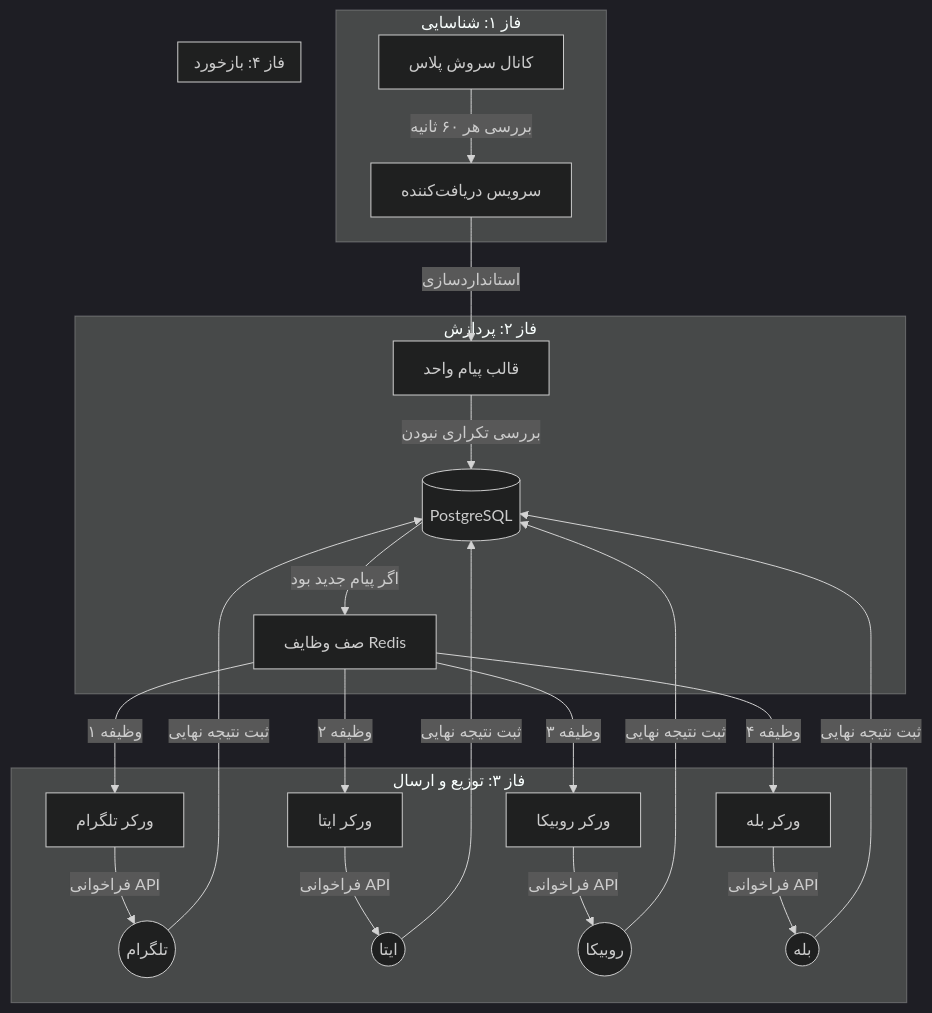
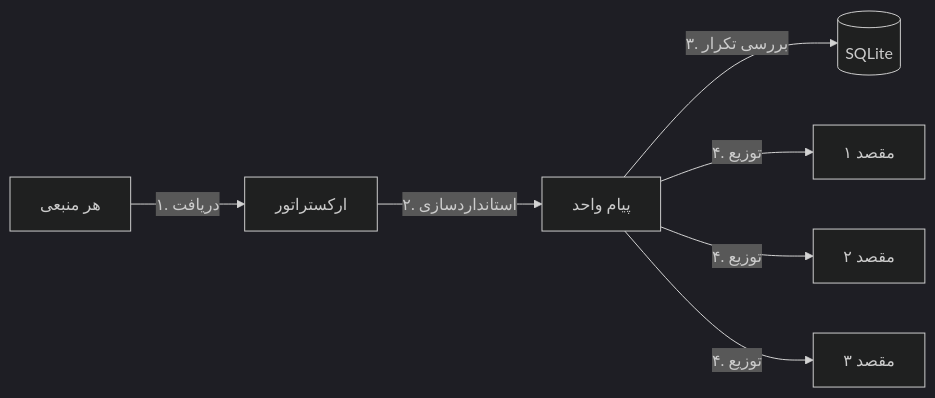
One commit to miladnasiri2479/robot-sender changed the diagram in README.fa.md. Above: the diagram before and after it, drawn with Mermaid (dark theme). The commit also changed other lines of this file and 16 other files, not shown here.

````diff
--- a/README.fa.md
+++ b/README.fa.md
@@ -10,28 +9,9 @@
 ```mermaid
-graph TD
-    subgraph "فاز ۱: شناسایی"
-        S[کانال سروش پلاس] -->|بررسی هر ۶۰ ثانیه| Ingest[سرویس دریافت‌کننده]
-    end
-
-    subgraph "فاز ۲: پردازش"
-        Ingest -->|استانداردسازی| Norm[قالب پیام واحد]
-        Norm -->|بررسی تکراری نبودن| DB[(PostgreSQL)]
-        DB -->|اگر پیام جدید بود| Queue[صف وظایف Redis]
-    end
-
-    subgraph "فاز ۳: توزیع و ارسال"
-        Queue -->|وظیفه ۱| TW[ورکر تلگرام]
-        Queue -->|وظیفه ۲| EW[ورکر ایتا]
-        Queue -->|وظیفه ۳| RW[ورکر روبیکا]
-        Queue -->|وظیفه ۴| BW[ورکر بله]
-        
-        TW -->|فراخوانی API| TG((تلگرام))
-        EW -->|فراخوانی API| ET((ایتا))
-        RW -->|فراخوانی API| RB((روبیکا))
-        BW -->|فراخوانی API| BL((بله))
-    end
-
-    subgraph "فاز ۴: بازخورد"
-        TG & ET & RB & BL -->|ثبت نتیجه نهایی| DB
-    end
+graph LR
+    Source[هر منبعی] -->|۱. دریافت| Orch[ارکستراتور]
+    Orch -->|۲. استانداردسازی| Msg[پیام واحد]
+    Msg -->|۳. بررسی تکرار| DB[(SQLite)]
+    Msg -->|۴. توزیع| T1[مقصد ۱]
+    Msg -->|۴. توزیع| T2[مقصد ۲]
+    Msg -->|۴. توزیع| T3[مقصد ۳]
 ```
````
